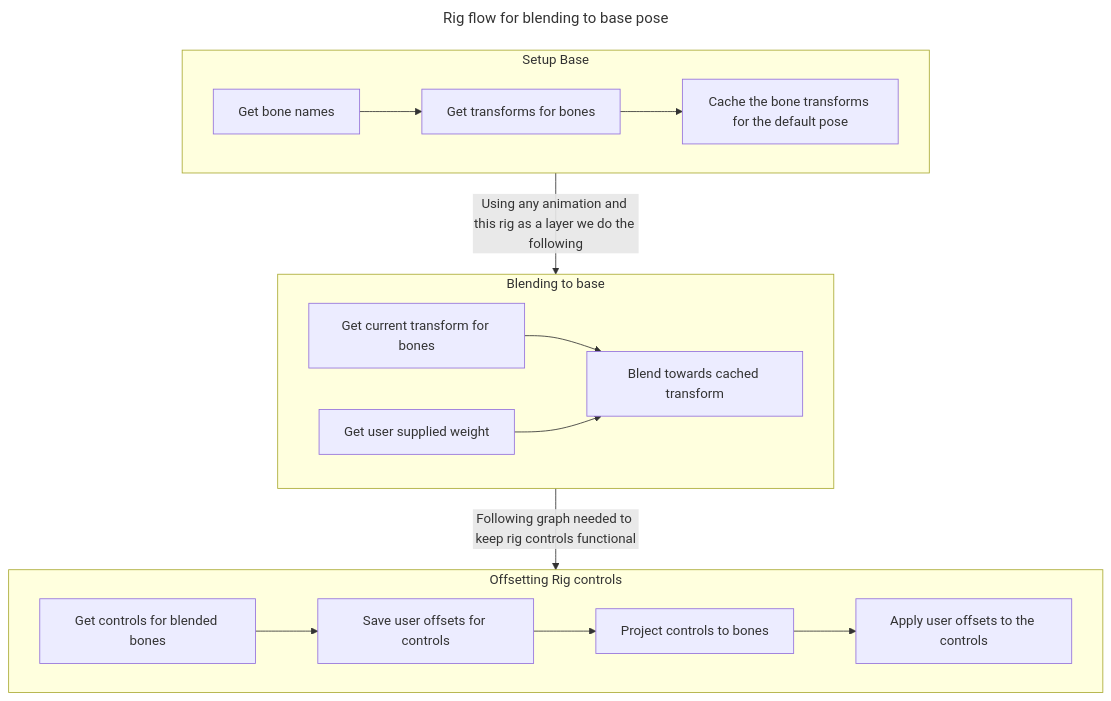
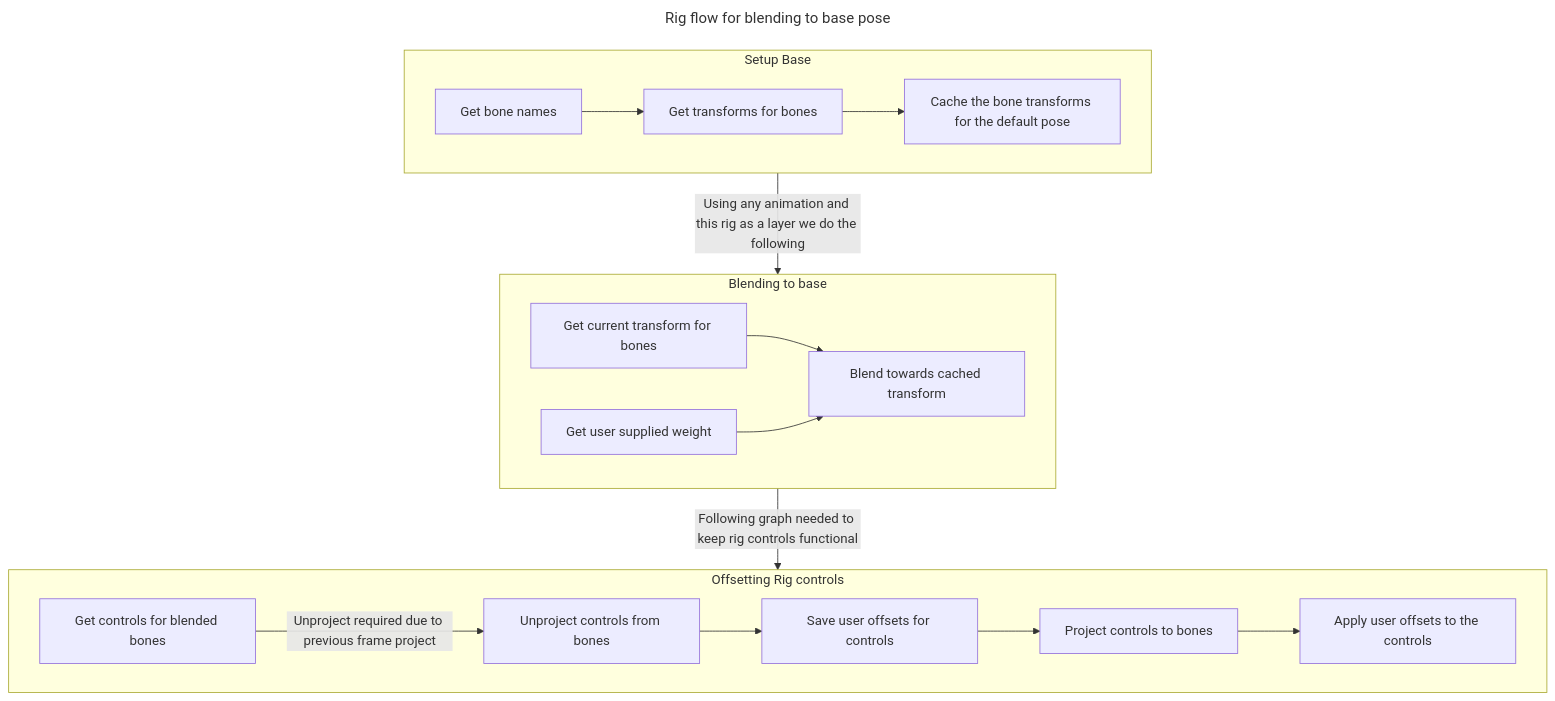
The diagram in Unreal/Plugins/PosePasting.md (J-Andersen-UvA/ToucanVault), drawn with Mermaid before and after one commit.

Commit message:
vault backup: 2026-08-31 11:41:09

````diff
--- a/Unreal/Plugins/PosePasting.md
+++ b/Unreal/Plugins/PosePasting.md
@@ -7,34 +7,35 @@
 ```mermaid
 ---
 title: Rig flow for blending to base pose
 ---
 flowchart TD
 
 
     subgraph A[Setup Base]
         A0[Get bone names]
         A1[Get transforms for bones]
         A2[Cache the bone transforms for the default pose]
         A0 --> A1 --> A2
     end
 
 	subgraph B[Blending to base]
 		B0[Get current transform for bones]
 		B1[Get user supplied weight]
 		B2[Blend towards cached transform]
 		B0 --> B2
 		B1 --> B2
 	end
 	
 	subgraph C[Offsetting Rig controls]
 		C0[Get controls for blended bones]
-		C1[Save user offsets for controls]
-		C2[Project controls to bones]
-		C3[Apply user offsets to the controls]
-		C0 --> C1 --> C2 --> C3
+		C1[Unproject controls from bones]
+		C2[Save user offsets for controls]
+		C3[Project controls to bones]
+		C4[Apply user offsets to the controls]
+		C0 -->|Unproject required due to previous frame project| C1 --> C2 --> C3 --> C4
 	end
 	
 	A -->|Using any animation and this rig as a layer we do the following| B
 	B -->|Following graph needed to keep rig controls functional| C
 	
 ```
````
